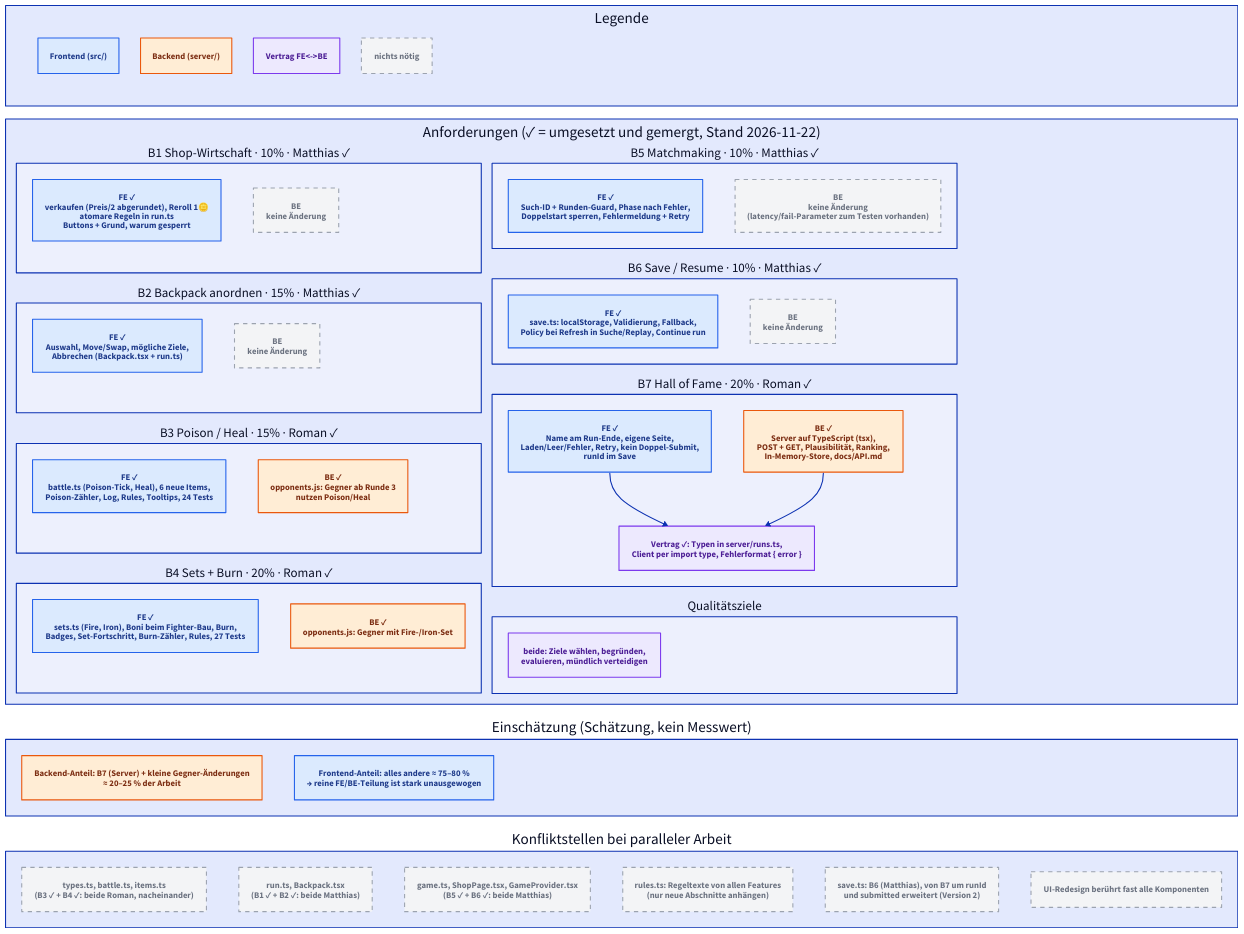
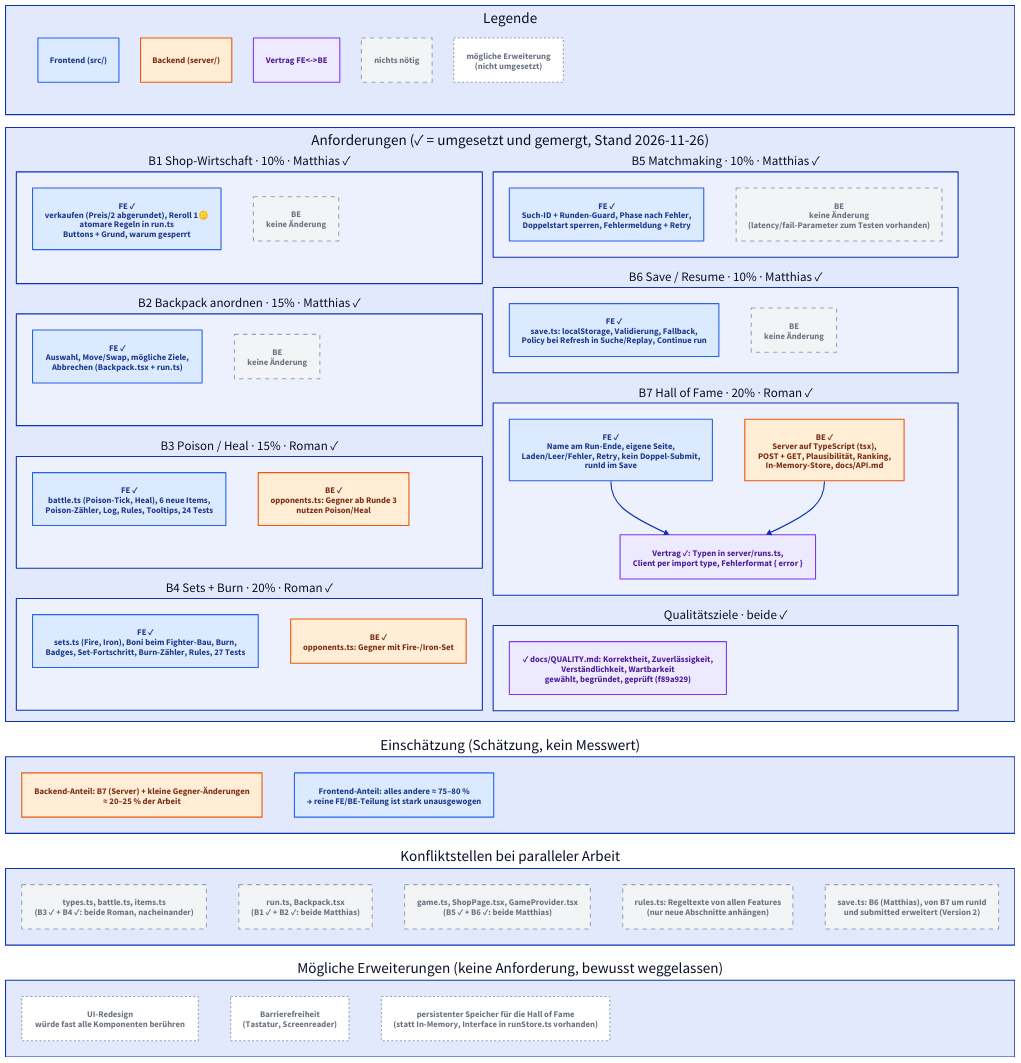
One commit to Roman0-5/backpack-brawl-MaRo changed the diagram in docs/diagrams/split.d2. Above: the diagram before and after it, drawn with D2. The commit also changed 3 other files, not shown here.

Commit message:
docs: Diagramme auf Endstand gebracht

```diff
--- a/docs/diagrams/split.d2
+++ b/docs/diagrams/split.d2
@@ -1,71 +1,78 @@
 grid-columns: 1
 grid-gap: 24
 
 classes: {
   fe: { style: { fill: "#dbeafe"; stroke: "#2563eb"; font-color: "#1e3a8a" } }
   be: { style: { fill: "#ffedd5"; stroke: "#ea580c"; font-color: "#7c2d12" } }
   none: { style: { fill: "#f3f4f6"; stroke: "#9ca3af"; font-color: "#6b7280"; stroke-dash: 4 } }
+  ext: { style: { fill: "#ffffff"; stroke: "#9ca3af"; font-color: "#6b7280"; stroke-dash: 2 } }
   shared: { style: { fill: "#ede9fe"; stroke: "#7c3aed"; font-color: "#4c1d95" } }
 }
 
 legend: Legende {
-  grid-columns: 4
+  grid-columns: 5
   f: Frontend (src/) { class: fe }
   b: Backend (server/) { class: be }
   s: Vertrag FE<->BE { class: shared }
   n: nichts nötig { class: none }
+  x: "mögliche Erweiterung\n(nicht umgesetzt)" { class: ext }
 }
 
-reqs: "Anforderungen (✓ = umgesetzt und gemergt, Stand 2026-11-22)" {
+reqs: "Anforderungen (✓ = umgesetzt und gemergt, Stand 2026-11-26)" {
   grid-columns: 2
   grid-gap: 20
 
   b1: "B1 Shop-Wirtschaft · 10% · Matthias ✓" {
     fe: "FE ✓\nverkaufen (Preis/2 abgerundet), Reroll 1🪙\natomare Regeln in run.ts\nButtons + Grund, warum gesperrt" { class: fe }
     be: "BE\nkeine Änderung" { class: none }
   }
   b2: "B2 Backpack anordnen · 15% · Matthias ✓" {
     fe: "FE ✓\nAuswahl, Move/Swap, mögliche Ziele,\nAbbrechen (Backpack.tsx + run.ts)" { class: fe }
     be: "BE\nkeine Änderung" { class: none }
   }
   b3: "B3 Poison / Heal · 15% · Roman ✓" {
     fe: "FE ✓\nbattle.ts (Poison-Tick, Heal), 6 neue Items,\nPoison-Zähler, Log, Rules, Tooltips, 24 Tests" { class: fe }
-    be: "BE ✓\nopponents.js: Gegner ab Runde 3\nnutzen Poison/Heal" { class: be }
+    be: "BE ✓\nopponents.ts: Gegner ab Runde 3\nnutzen Poison/Heal" { class: be }
   }
   b4: "B4 Sets + Burn · 20% · Roman ✓" {
     fe: "FE ✓\nsets.ts (Fire, Iron), Boni beim Fighter-Bau, Burn,\nBadges, Set-Fortschritt, Burn-Zähler, Rules, 27 Tests" { class: fe }
-    be: "BE ✓\nopponents.js: Gegner mit Fire-/Iron-Set" { class: be }
+    be: "BE ✓\nopponents.ts: Gegner mit Fire-/Iron-Set" { class: be }
   }
   b5: "B5 Matchmaking · 10% · Matthias ✓" {
     fe: "FE ✓\nSuch-ID + Runden-Guard, Phase nach Fehler,\nDoppelstart sperren, Fehlermeldung + Retry" { class: fe }
     be: "BE\nkeine Änderung\n(latency/fail-Parameter zum Testen vorhanden)" { class: none }
   }
   b6: "B6 Save / Resume · 10% · Matthias ✓" {
     fe: "FE ✓\nsave.ts: localStorage, Validierung, Fallback,\nPolicy bei Refresh in Suche/Replay, Continue run" { class: fe }
     be: "BE\nkeine Änderung" { class: none }
   }
   b7: "B7 Hall of Fame · 20% · Roman ✓" {
     fe: "FE ✓\nName am Run-Ende, eigene Seite,\nLaden/Leer/Fehler, Retry, kein Doppel-Submit,\nrunId im Save" { class: fe }
     be: "BE ✓\nServer auf TypeScript (tsx),\nPOST + GET, Plausibilität, Ranking,\nIn-Memory-Store, docs/API.md" { class: be }
     api: "Vertrag ✓: Typen in server/runs.ts,\nClient per import type, Fehlerformat { error }" { class: shared }
     fe -> api
     be -> api
   }
-  nf: "Qualitätsziele" {
-    both: "beide: Ziele wählen, begründen,\nevaluieren, mündlich verteidigen" { class: shared }
+  nf: "Qualitätsziele · beide ✓" {
+    both: "✓ docs/QUALITY.md: Korrektheit, Zuverlässigkeit,\nVerständlichkeit, Wartbarkeit\ngewählt, begründet, geprüft (f89a929)" { class: shared }
   }
 }
 
 summary: "Einschätzung (Schätzung, kein Messwert)" {
   a: "Backend-Anteil: B7 (Server) + kleine Gegner-Änderungen\n≈ 20–25 % der Arbeit" { class: be }
   b: "Frontend-Anteil: alles andere ≈ 75–80 %\n→ reine FE/BE-Teilung ist stark unausgewogen" { class: fe }
 }
 
 hot: "Konfliktstellen bei paralleler Arbeit" {
   a: "types.ts, battle.ts, items.ts\n(B3 ✓ + B4 ✓: beide Roman, nacheinander)" { class: none }
   b: "run.ts, Backpack.tsx\n(B1 ✓ + B2 ✓: beide Matthias)" { class: none }
   c: "game.ts, ShopPage.tsx, GameProvider.tsx\n(B5 ✓ + B6 ✓: beide Matthias)" { class: none }
   e: "rules.ts: Regeltexte von allen Features\n(nur neue Abschnitte anhängen)" { class: none }
   f: "save.ts: B6 (Matthias), von B7 um runId\nund submitted erweitert (Version 2)" { class: none }
-  d: "UI-Redesign berührt fast alle Komponenten" { class: none }
 }
+
+maybe: "Mögliche Erweiterungen (keine Anforderung, bewusst weggelassen)" {
+  ui: "UI-Redesign\nwürde fast alle Komponenten berühren" { class: ext }
+  a11y: "Barrierefreiheit\n(Tastatur, Screenreader)" { class: ext }
+  db: "persistenter Speicher für die Hall of Fame\n(statt In-Memory, Interface in runStore.ts vorhanden)" { class: ext }
+}
```
